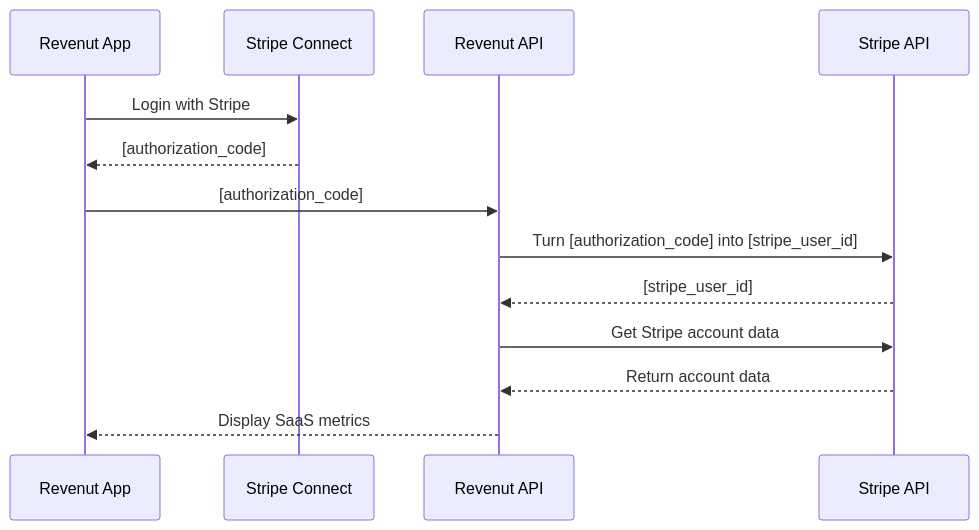
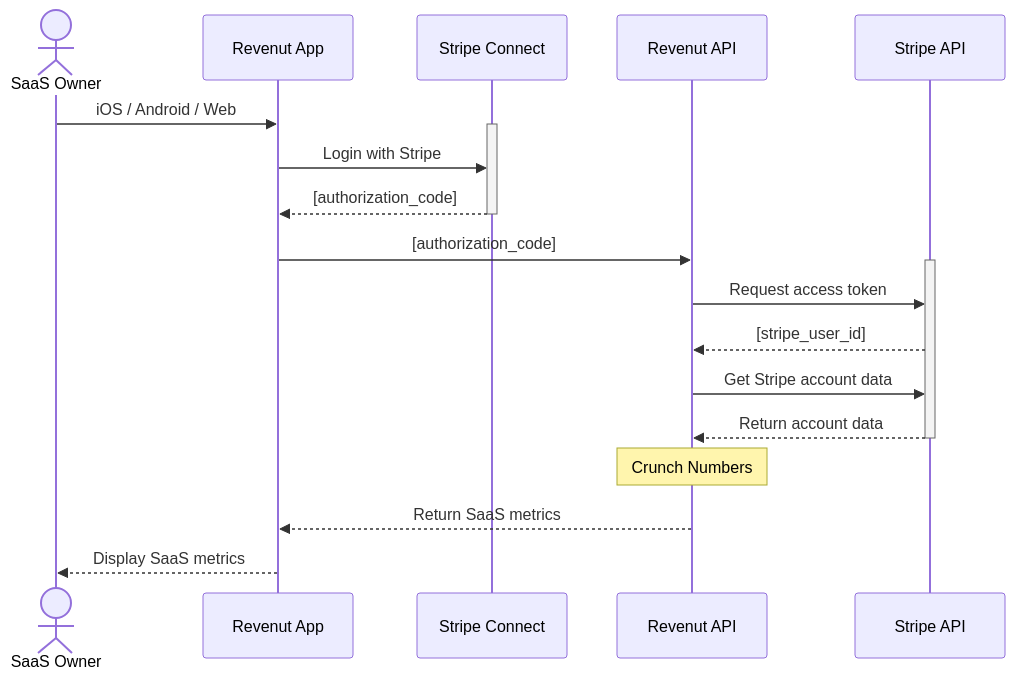
One commit to hbcondo/revenut-web changed the diagram in README.md. Above: the diagram before and after it, drawn with Mermaid.

Commit message:
Update README.md
added actor, activation and note to sequence diagram

````diff
--- a/README.md
+++ b/README.md
@@ -57,11 +57,19 @@
 ```mermaid
 sequenceDiagram
+    actor SaaS Owner
+    SaaS Owner->>Revenut App: iOS / Android / Web
+    activate Stripe Connect
     Revenut App->>Stripe Connect: Login with Stripe
     Stripe Connect-->>Revenut App: [authorization_code]
+    deactivate Stripe Connect
     Revenut App->>Revenut API: [authorization_code]
-    Revenut API->>Stripe API: Turn [authorization_code] into [stripe_user_id]
+    activate Stripe API
+    Revenut API->>Stripe API: Request access token
     Stripe API-->>Revenut API: [stripe_user_id]
     Revenut API->>Stripe API: Get Stripe account data
     Stripe API-->>Revenut API: Return account data
-    Revenut API-->>Revenut App: Display SaaS metrics
+    deactivate Stripe API
+    Note over Revenut API: Crunch Numbers 
+    Revenut API-->>Revenut App: Return SaaS metrics
+    Revenut App-->>SaaS Owner: Display SaaS metrics
 ```
````
